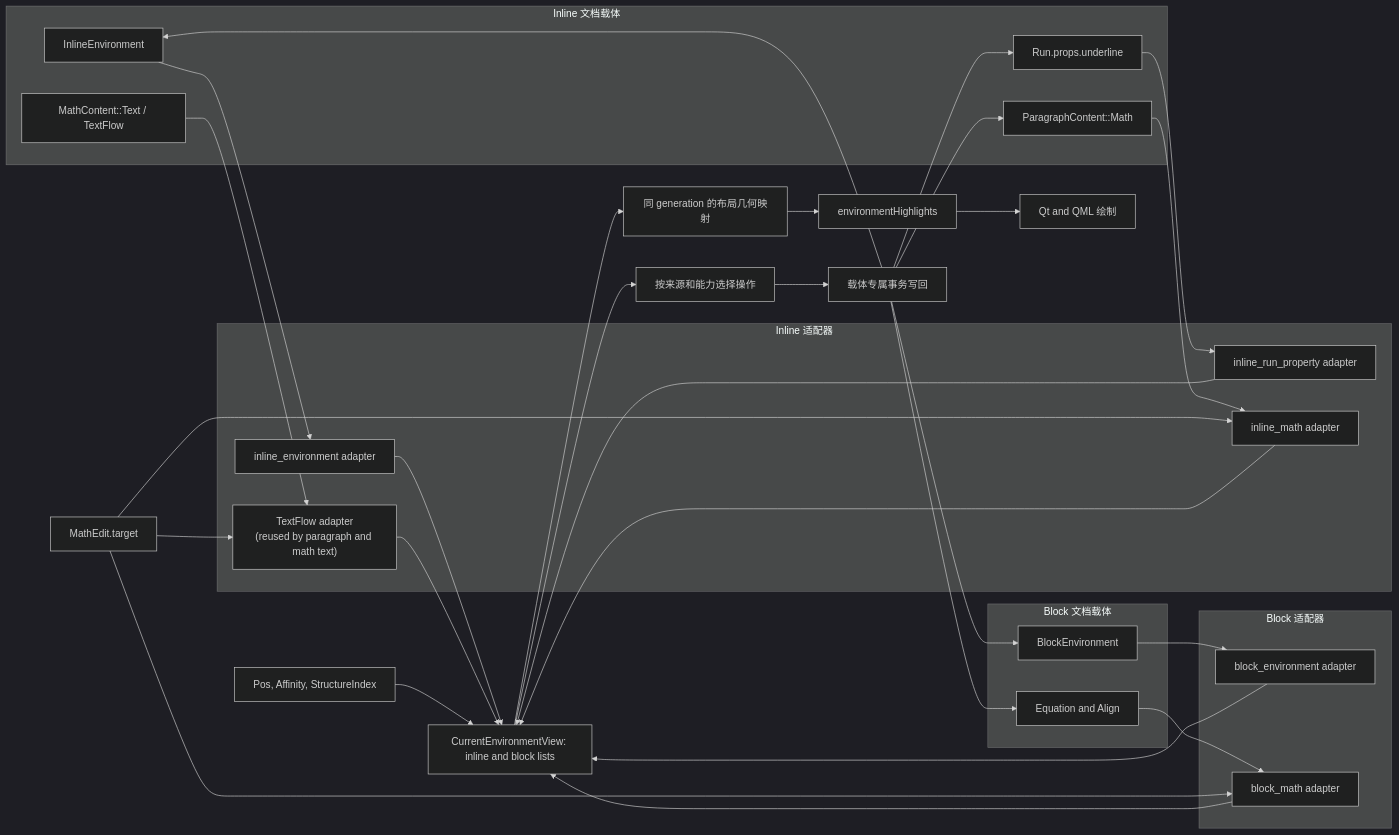
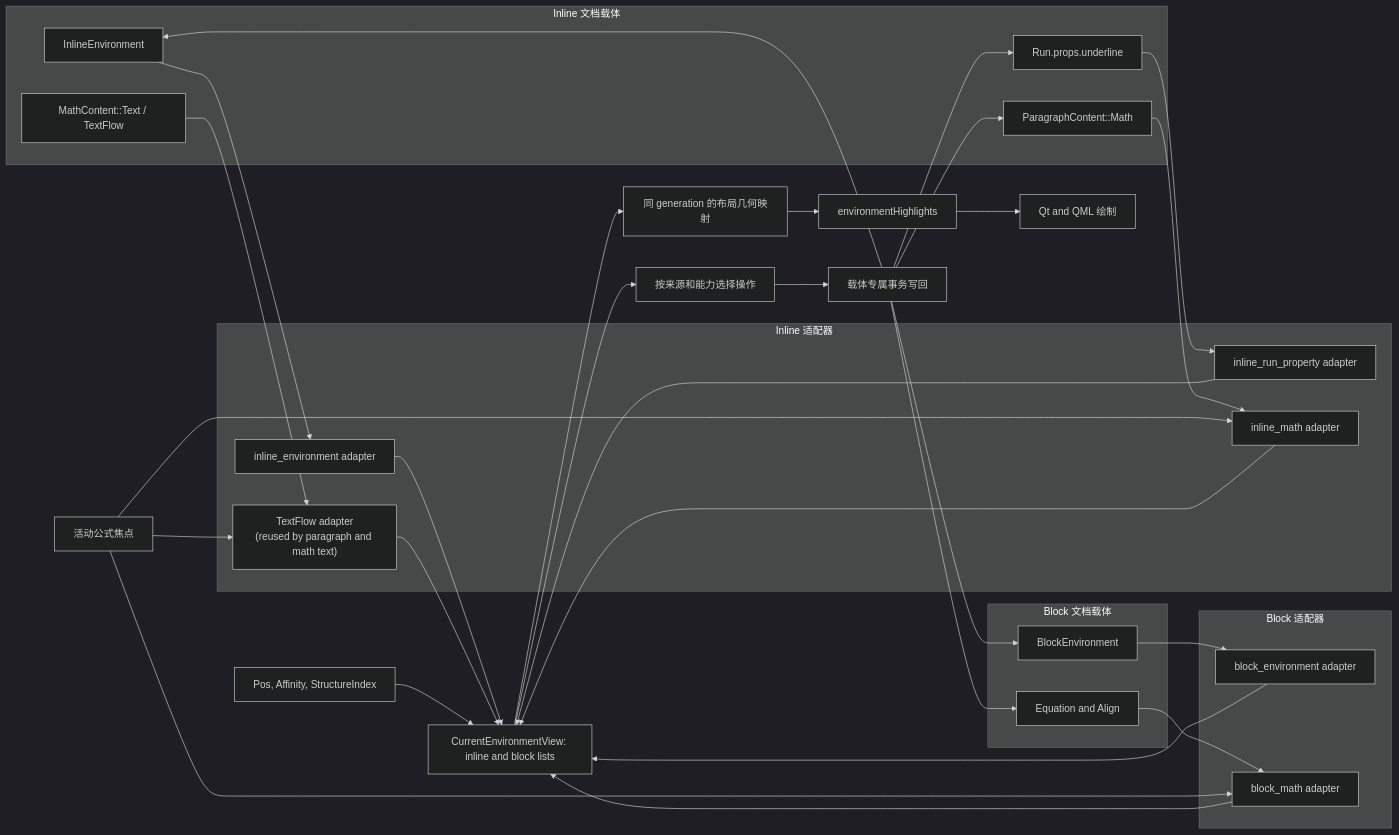
The diagram in ai-docs/architecture/editor/document-model/inline-and-block-environments.md (VibeSTEM/caret), drawn with Mermaid (dark theme) before and after one commit. The commit also changed other lines of this file and 60 other files, not shown here.

````diff
--- a/ai-docs/architecture/editor/document-model/inline-and-block-environments.md
+++ b/ai-docs/architecture/editor/document-model/inline-and-block-environments.md
@@ -26,53 +26,53 @@
 ```mermaid
 flowchart LR
     subgraph InlineSources[Inline 文档载体]
         IE["InlineEnvironment"]
         RP["Run.props.underline"]
         IM["ParagraphContent::Math"]
         MTX["MathContent::Text / TextFlow"]
     end
 
     subgraph InlineAdapters[Inline 适配器]
         IEA["inline_environment adapter"]
         RPA["inline_run_property adapter"]
         IMA["inline_math adapter"]
         TXA["TextFlow adapter\n(reused by paragraph and math text)"]
     end
 
     subgraph BlockSources[Block 文档载体]
         BE["BlockEnvironment"]
         MB["Equation and Align"]
     end
 
     subgraph BlockAdapters[Block 适配器]
         BEA["block_environment adapter"]
         MBA["block_math adapter"]
     end
 
     POS["Pos, Affinity, StructureIndex"]
-    MT["MathEdit.target"]
+    MT["活动公式焦点"]
     VIEW["CurrentEnvironmentView: inline and block lists"]
     OPS["按来源和能力选择操作"]
     WRITE["载体专属事务写回"]
     GEO["同 generation 的布局几何映射"]
     HILITE["environmentHighlights"]
     PAINT["Qt and QML 绘制"]
 
     IE --> IEA --> VIEW
     RP --> RPA --> VIEW
     IM --> IMA --> VIEW
     MTX --> TXA --> VIEW
     BE --> BEA --> VIEW
     MB --> MBA --> VIEW
     POS --> VIEW
     MT --> IMA
     MT --> TXA
     MT --> MBA
     VIEW --> OPS --> WRITE
     WRITE --> IE
     WRITE --> RP
     WRITE --> IM
     WRITE --> BE
     WRITE --> MB
     VIEW --> GEO --> HILITE --> PAINT
 ```
````
